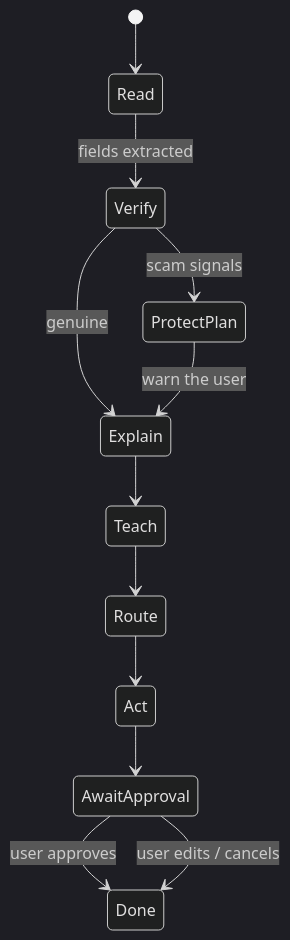
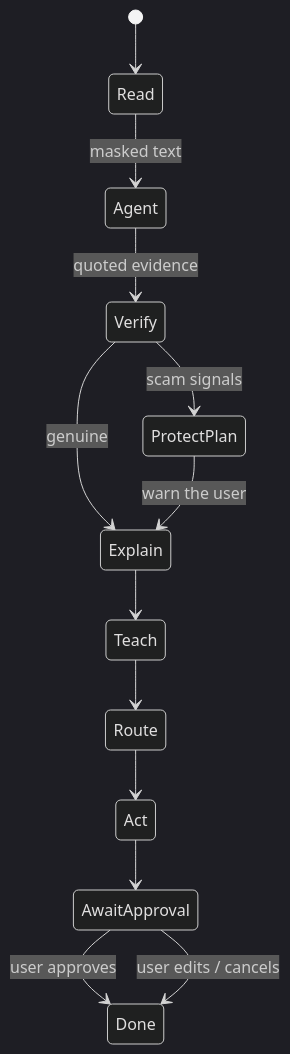
One commit to lkaixian/faham changed the diagram in docs/AGENT_FLOW.md. Above: the diagram before and after it, drawn with Mermaid (dark theme). The commit also changed other lines of this file and 16 other files, not shown here.

First line of the commit message:
Plain-language progress and result timeline; verify hard agent signals; agent documentation

````diff
--- a/docs/AGENT_FLOW.md
+++ b/docs/AGENT_FLOW.md
@@ -3,14 +3,15 @@
 ```mermaid
 stateDiagram-v2
   [*] --> Read
-  Read --> Verify: fields extracted
+  Read --> Agent: masked text
+  Agent --> Verify: quoted evidence
   Verify --> Explain: genuine
   Verify --> ProtectPlan: scam signals
   ProtectPlan --> Explain: warn the user
   Explain --> Teach
   Teach --> Route
   Route --> Act
   Act --> AwaitApproval
   AwaitApproval --> Done: user approves
   AwaitApproval --> Done: user edits / cancels
 ```
````
